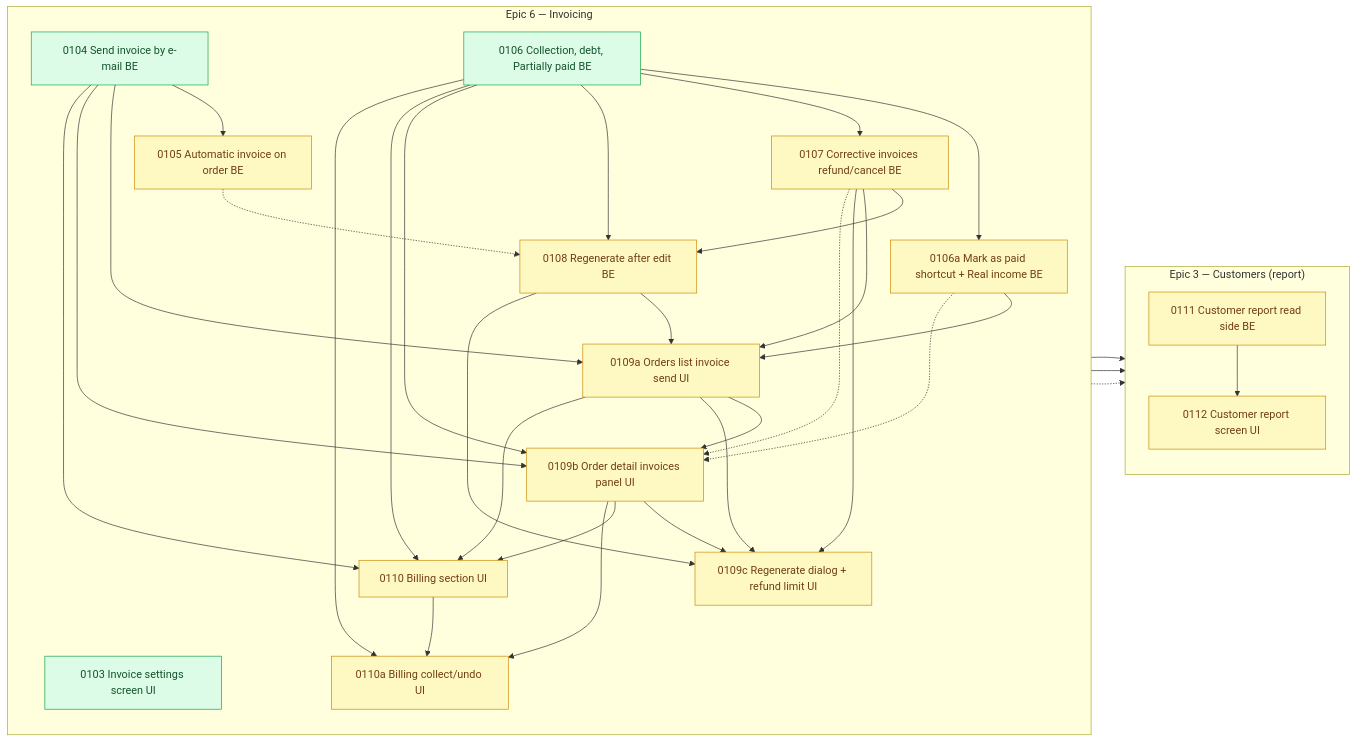
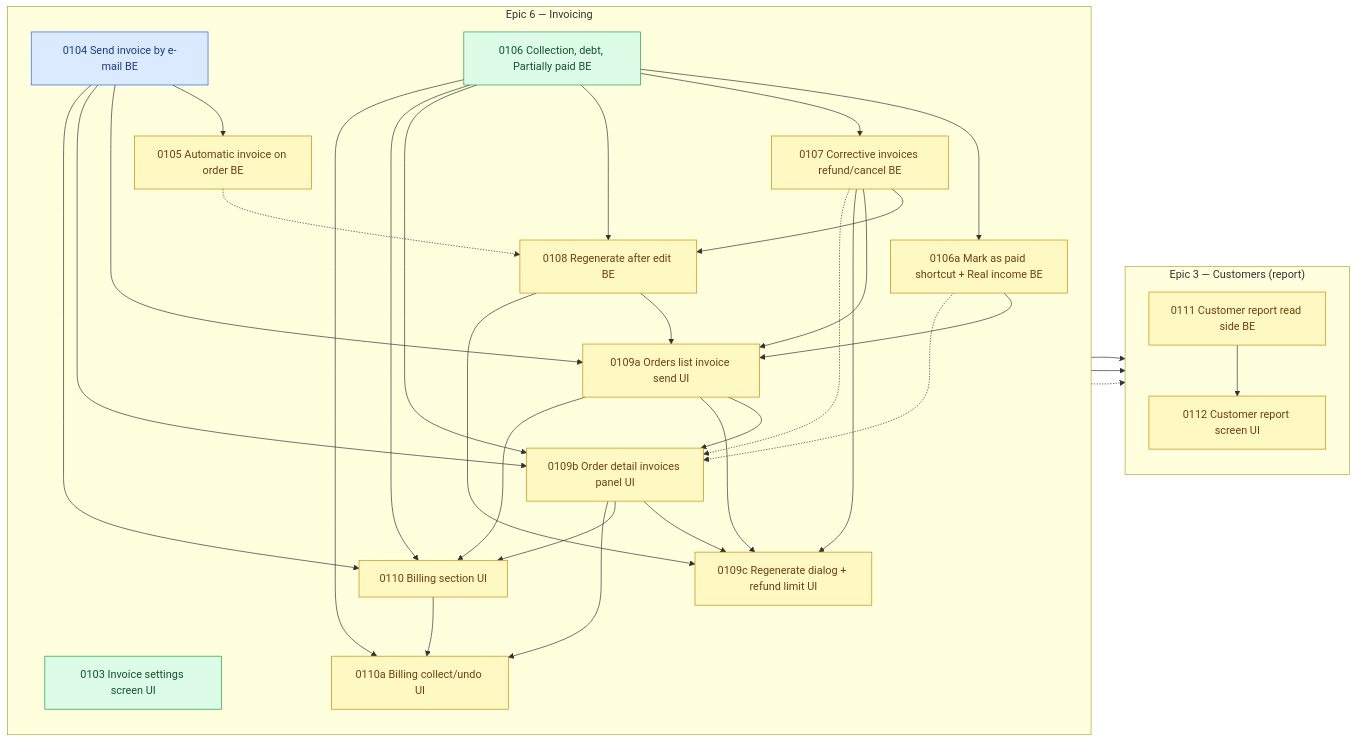
One commit to shojen/AI4Devs-finalproject changed the diagram in arospe/ai-spec/tasks-map.md. Above: the diagram before and after it, drawn with Mermaid. The commit also changed other lines of this file and 8 other files, not shown here.

````diff
--- a/arospe/ai-spec/tasks-map.md
+++ b/arospe/ai-spec/tasks-map.md
@@ -814,6 +818,7 @@
     P0107 -.-> P0109b
     %% Shared-file risk with the stock dialogs (no dependency): see the update note at the top.
     %% (P0102 --> P0103/P0104/P0109b/P0110 dropped: 0102 closed to done/ 2026-11-19; 0103 and 0104 are now ready.)
-    class P0103,P0104,P0106 ready;
+    class P0103,P0106 ready;
+    class P0104 claimed;
     class P0105,P0106a,P0107,P0108,P0109a,P0109b,P0109c,P0110,P0110a,P0111,P0112 pending;
 ```
````
